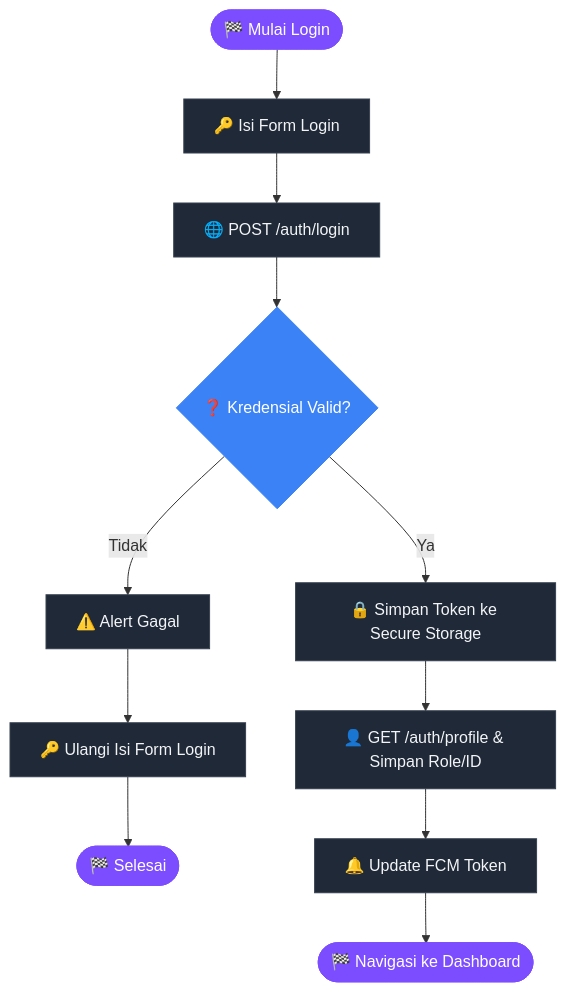
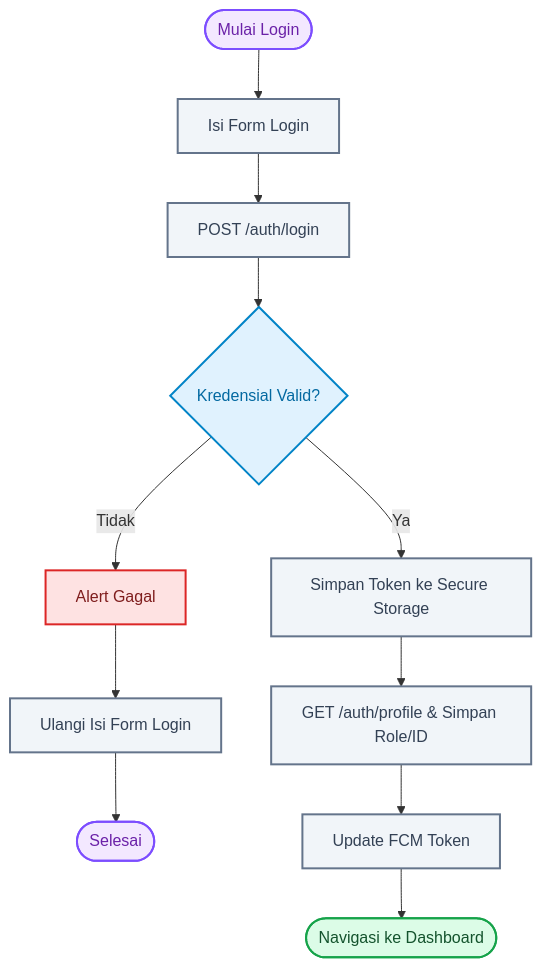
The second of 10 diagrams in dokumentasi/ALUR_BISNIS.md (Rezi14/NalaSeva-Mobile-Test), drawn with Mermaid before and after one commit. The commit also changed other lines of this file and 1 other file, not shown here.

````diff
--- a/dokumentasi/ALUR_BISNIS.md
+++ b/dokumentasi/ALUR_BISNIS.md
@@ -36,16 +38,18 @@
 ```mermaid
 flowchart TD
-    classDef default fill:#1f2937,stroke:#374151,stroke-width:1px,color:#f3f4f6;
-    classDef startEnd fill:#7c4dff,stroke:#7c4dff,color:#fff;
-    classDef decision fill:#3b82f6,stroke:#3b82f6,color:#fff;
+    classDef startEnd fill:#f3e8ff,stroke:#7c4dff,stroke-width:2px,color:#6b21a8;
+    classDef decision fill:#e0f2fe,stroke:#0284c7,stroke-width:2px,color:#0369a1;
+    classDef process fill:#f1f5f9,stroke:#64748b,stroke-width:2px,color:#334155;
+    classDef success fill:#dcfce7,stroke:#16a34a,stroke-width:2px,color:#14532d;
+    classDef fail fill:#fee2e2,stroke:#dc2626,stroke-width:2px,color:#7f1d1d;
 
-    Start([🏁 Mulai Login]):::startEnd --> LoginForm[🔑 Isi Form Login]
-    LoginForm --> LoginAPI[🌐 POST /auth/login]
-    LoginAPI --> ValidCheck{❓ Kredensial Valid?}:::decision
+    Start([Mulai Login]):::startEnd --> LoginForm[Isi Form Login]:::process
+    LoginForm --> LoginAPI[POST /auth/login]:::process
+    LoginAPI --> ValidCheck{Kredensial Valid?}:::decision
     
-    ValidCheck -- Tidak --> ErrorDlg[⚠️ Alert Gagal] --> RetryLoginForm[🔑 Ulangi Isi Form Login] --> EndFail([🏁 Selesai]):::startEnd
-    ValidCheck -- Ya --> SaveToken[🔒 Simpan Token ke Secure Storage]
-    SaveToken --> GetProfile[👤 GET /auth/profile & Simpan Role/ID]
-    GetProfile --> SyncFCM[🔔 Update FCM Token]
-    SyncFCM --> Done([🏁 Navigasi ke Dashboard]):::startEnd
+    ValidCheck -- Tidak --> ErrorDlg[Alert Gagal]:::fail --> RetryLoginForm[Ulangi Isi Form Login]:::process --> EndFail([Selesai]):::startEnd
+    ValidCheck -- Ya --> SaveToken[Simpan Token ke Secure Storage]:::process
+    SaveToken --> GetProfile[GET /auth/profile & Simpan Role/ID]:::process
+    GetProfile --> SyncFCM[Update FCM Token]:::process
+    SyncFCM --> Done([Navigasi ke Dashboard]):::success
 ```
````
